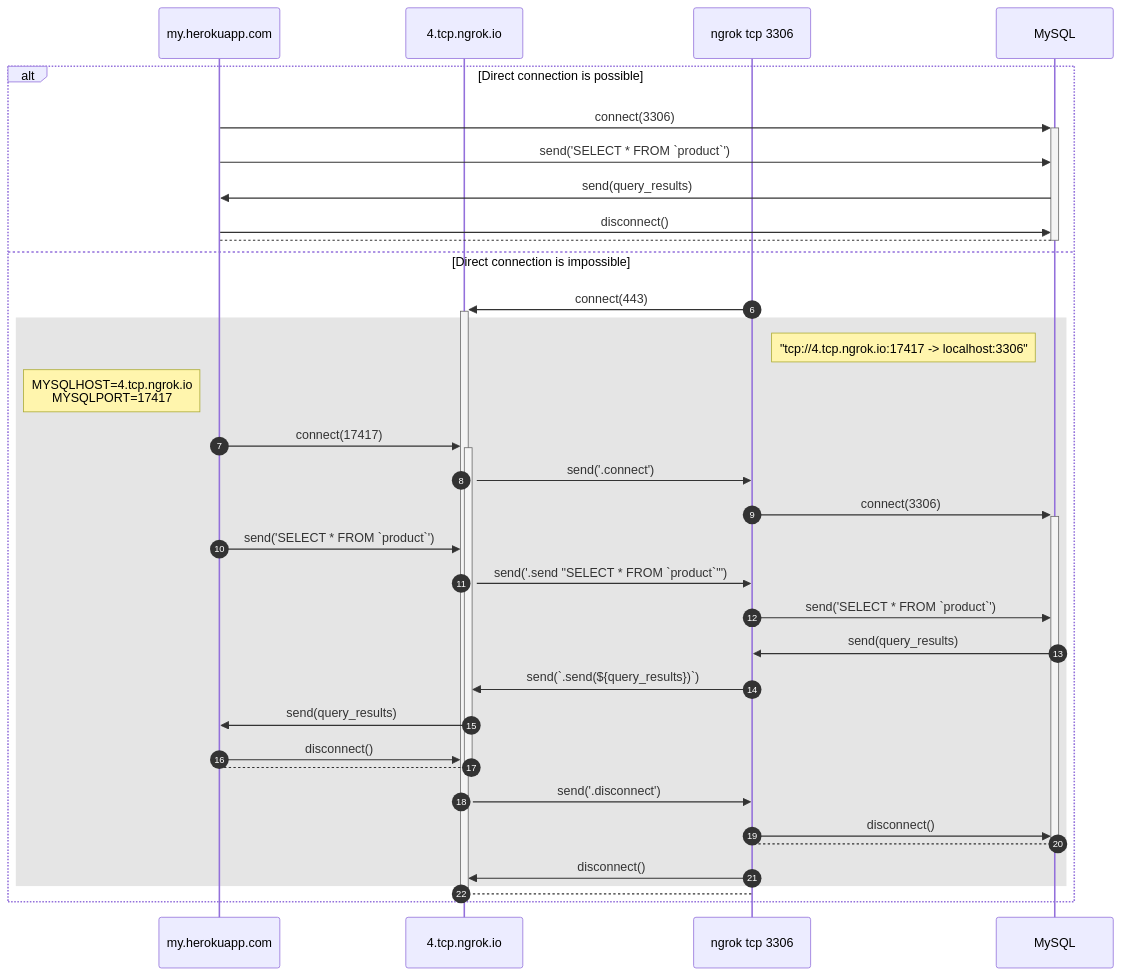
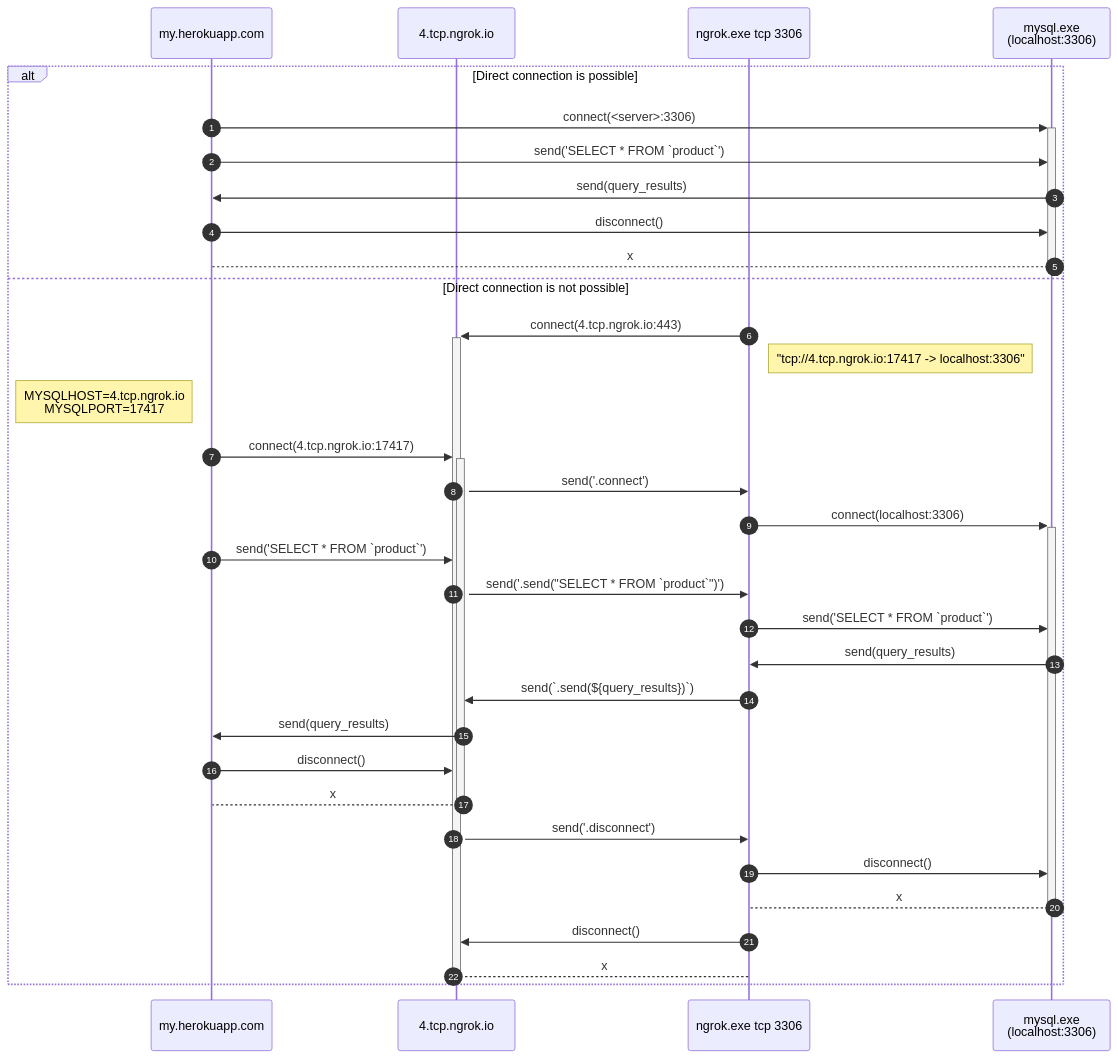
The diagram in ngrok.md (roninbar/ip-tcp-http), drawn with Mermaid before and after one commit.

Commit message:
Improve the diagram.

````diff
--- a/ngrok.md
+++ b/ngrok.md
@@ -1,37 +1,35 @@
 ```mermaid
 sequenceDiagram
+autonumber
 participant heroku as my.herokuapp.com
 participant ngrokio as 4.tcp.ngrok.io
-participant ngrok as ngrok tcp 3306
-participant mysql as MySQL
+participant ngrok as ngrok.exe tcp 3306
+participant mysql as mysql.exe <br/> (localhost:3306)
 alt Direct connection is possible
-heroku->>+mysql: connect(3306)
+heroku->>+mysql: connect(<server>:3306)
 heroku->>mysql: send('SELECT * FROM `product`')
 mysql->>heroku: send(query_results)
 heroku->>mysql: disconnect()
-mysql-->-heroku: 
-else Direct connection is impossible
-autonumber
-ngrok->>+ngrokio: connect(443)
-rect rgba(0, 0, 0, 0.1)
+mysql-->-heroku: x
+else Direct connection is not possible
+ngrok->>+ngrokio: connect(4.tcp.ngrok.io:443)
 Note right of ngrok: "tcp://4.tcp.ngrok.io:17417 -> localhost:3306"
 Note left of heroku: MYSQLHOST=4.tcp.ngrok.io <br/> MYSQLPORT=17417
-heroku->>+ngrokio: connect(17417)
+heroku->>+ngrokio: connect(4.tcp.ngrok.io:17417)
 ngrokio->>ngrok: send('.connect')
-ngrok->>+mysql: connect(3306)
+ngrok->>+mysql: connect(localhost:3306)
 heroku->>ngrokio: send('SELECT * FROM `product`')
-ngrokio->>ngrok: send('.send "SELECT * FROM `product`"')
+ngrokio->>ngrok: send('.send("SELECT * FROM `product`")')
 ngrok->>mysql: send('SELECT * FROM `product`')
 mysql->>ngrok: send(query_results)
 ngrok->>ngrokio: send(`.send(${query_results})`)
 ngrokio->>heroku: send(query_results)
 heroku->>ngrokio: disconnect()
-ngrokio-->-heroku: 
+ngrokio-->-heroku: x
 ngrokio->>ngrok: send('.disconnect')
 ngrok->>mysql: disconnect()
-mysql-->-ngrok: 
+mysql-->-ngrok: x
 ngrok->>ngrokio: disconnect()
-end
-ngrokio-->-ngrok: 
+ngrokio-->-ngrok: x
 end
 ```
````
